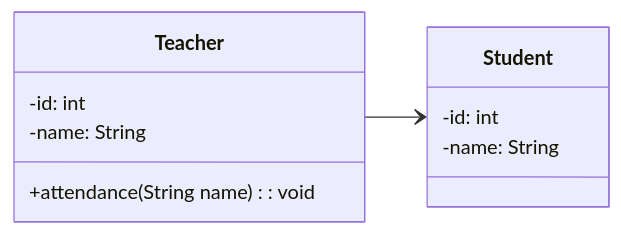
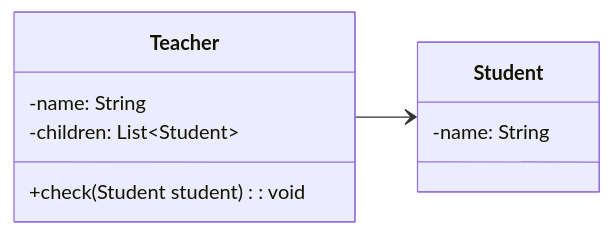
The first of 2 diagrams in docs/software-design/class-diagram.md (mr-alloc/alloc.io), drawn with Mermaid before and after one commit. The commit also changed other lines of this file and 25 other files, not shown here.

Commit message:
post: revert post with named insertion-sort, modify style for image little bit. fix the problem in mermaid diagram which shown overlap.

````diff
--- a/docs/software-design/class-diagram.md
+++ b/docs/software-design/class-diagram.md
@@ -35,14 +39,13 @@
 ```mermaid
 classDiagram
     direction LR
     class Student {
-        -id: int
         -name: String
     }
     class Teacher {
-        -id: int
         -name: String
-        +attendance(String name): void
+        -children: List~Student~
+        +check(Student student): void
     }
     Teacher --> Student
 ```
````
